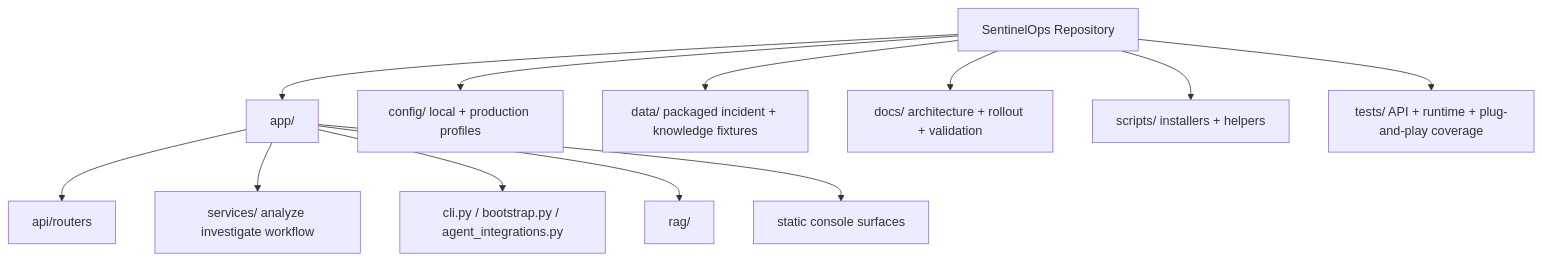
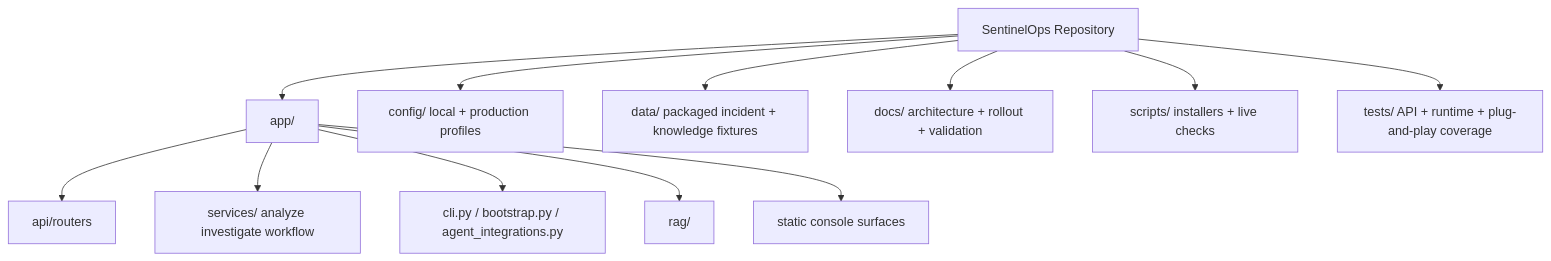
The second of 5 diagrams in README.md (saikumar1767/Sentinel-Ops), drawn with Mermaid before and after one commit. The commit also changed other lines of this file and 39 other files, not shown here.

````diff
--- a/README.md
+++ b/README.md
@@ -178,15 +204,15 @@
 ```mermaid
 flowchart TB
     Root["SentinelOps Repository"]
     Root --> App["app/"]
     App --> API["api/routers"]
     App --> Services["services/ analyze investigate workflow"]
     App --> Bootstrap["cli.py / bootstrap.py / agent_integrations.py"]
     App --> Retrieval["rag/"]
     App --> Console["static console surfaces"]
     Root --> Config["config/ local + production profiles"]
     Root --> Data["data/ packaged incident + knowledge fixtures"]
     Root --> Docs["docs/ architecture + rollout + validation"]
-    Root --> Scripts["scripts/ installers + helpers"]
+    Root --> Scripts["scripts/ installers + live checks"]
     Root --> Tests["tests/ API + runtime + plug-and-play coverage"]
 ```
````
